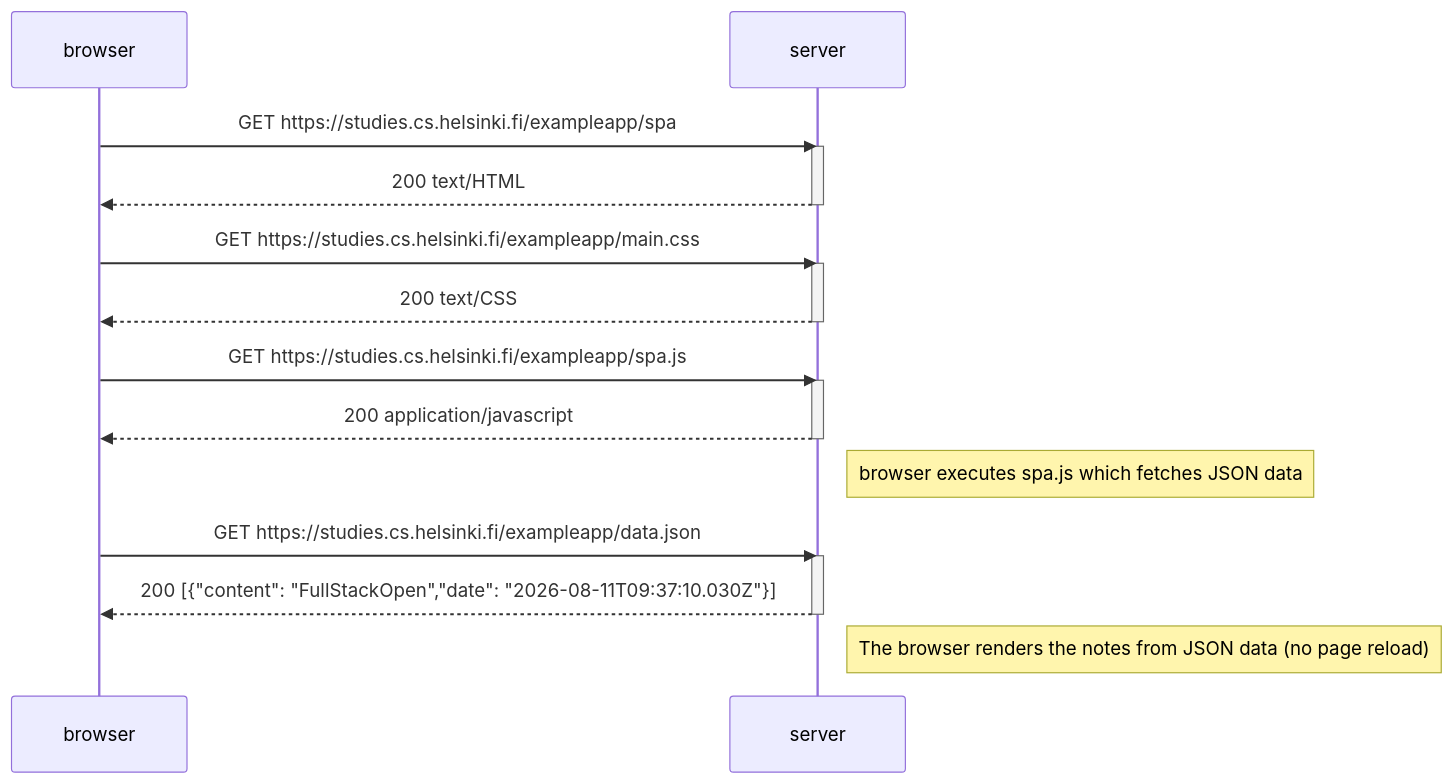
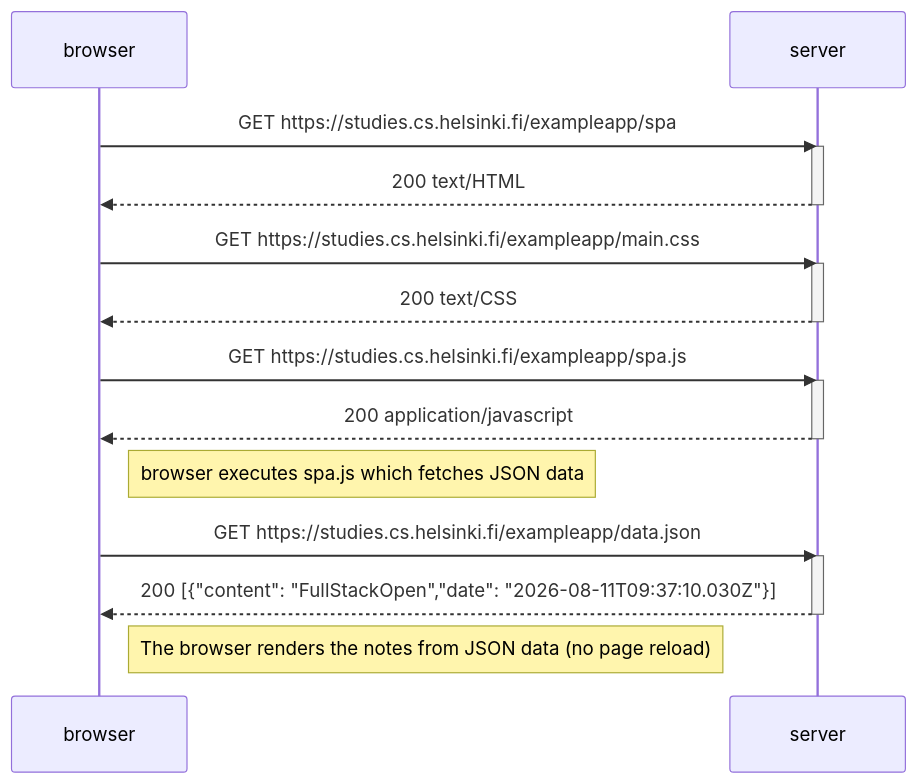
The diagram in part0/0.5-single-page-app-diagram.md (CodeWithVinayakKamble/fullstackopen), drawn with Mermaid before and after one commit.

Commit message:
correction in 0.5

````diff
--- a/part0/0.5-single-page-app-diagram.md
+++ b/part0/0.5-single-page-app-diagram.md
@@ -3,29 +3,29 @@
 ```mermaid
 sequenceDiagram
 
     participant browser
     participant server
 
     browser->>server: GET https://studies.cs.helsinki.fi/exampleapp/spa
     activate server
     server-->>browser: 200 text/HTML
     deactivate server 
 
     browser->>server: GET https://studies.cs.helsinki.fi/exampleapp/main.css
     activate server
     server-->>browser: 200 text/CSS
     deactivate server 
 
     browser->>server: GET https://studies.cs.helsinki.fi/exampleapp/spa.js
     activate server
     server-->>browser: 200 application/javascript
     deactivate server 
 
-    note right of server: browser executes spa.js which fetches JSON data
+    note right of browser: browser executes spa.js which fetches JSON data
     browser->>server: GET https://studies.cs.helsinki.fi/exampleapp/data.json
     activate server
     server-->>browser: 200 [{"content": "FullStackOpen","date": "2026-08-11T09:37:10.030Z"}]
     deactivate server 
 
-    note right of server: The browser renders the notes from JSON data (no page reload)
+    note right of browser: The browser renders the notes from JSON data (no page reload)
 ```
````
